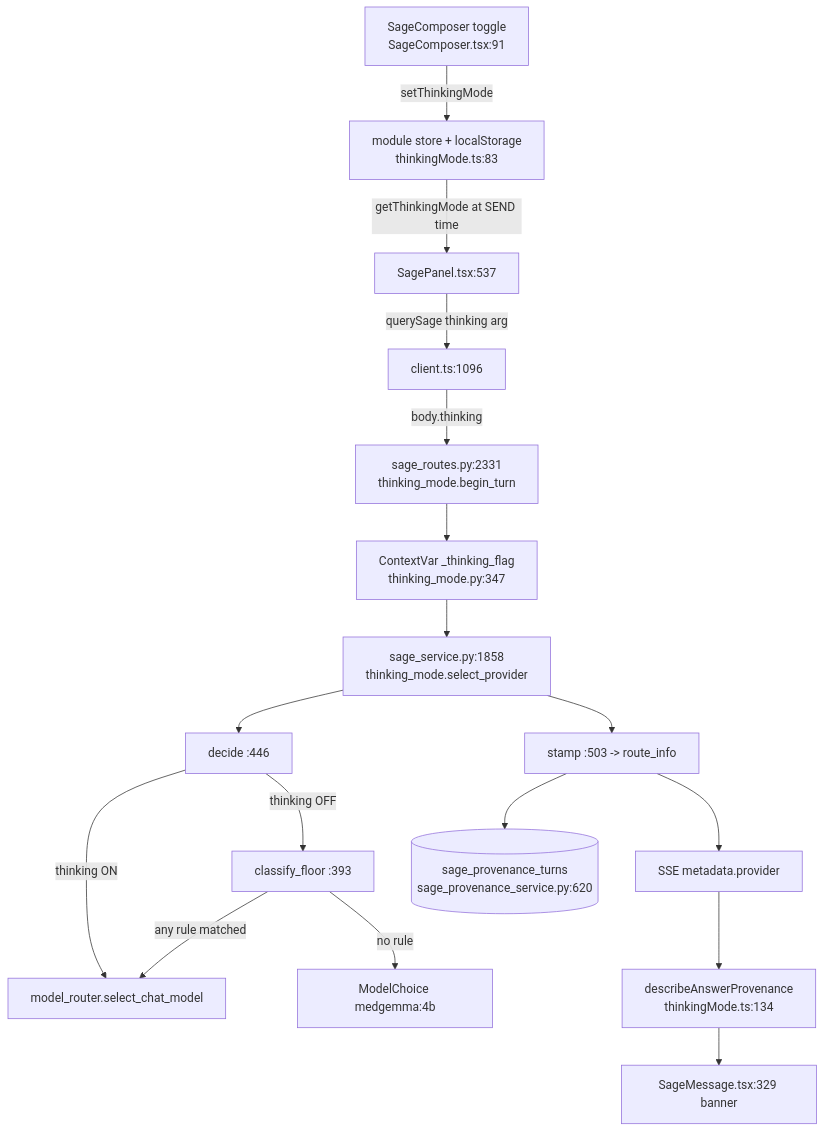
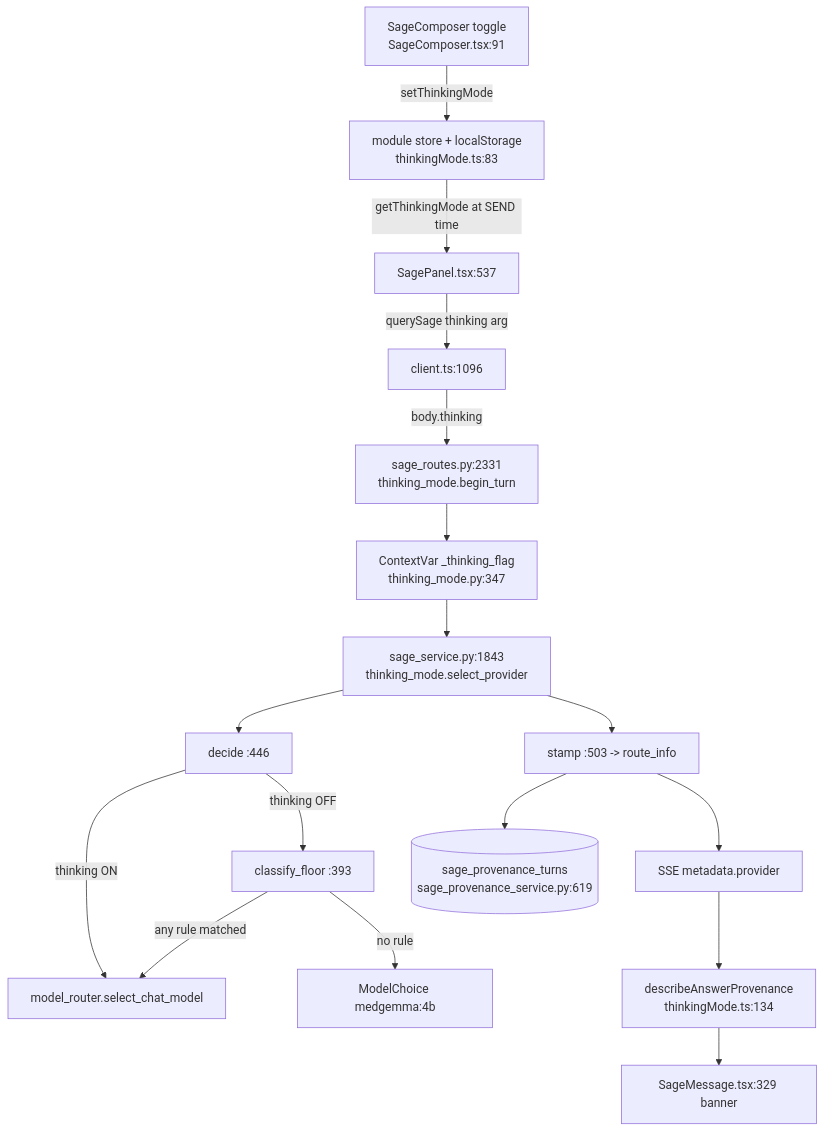
Before and after one commit to samuelmorningstar23/Orb: the first of 2 diagrams in docs/guide/41-thinking-mode.md, drawn with Mermaid. The commit also changed other lines of this file and 471 other files, not shown here.

````diff
--- a/docs/guide/41-thinking-mode.md
+++ b/docs/guide/41-thinking-mode.md
@@ -42,19 +42,19 @@
 ```mermaid
 graph TD
   TOG[SageComposer toggle<br/>SageComposer.tsx:91] -->|setThinkingMode| STORE[module store + localStorage<br/>thinkingMode.ts:83]
   STORE -->|getThinkingMode at SEND time| PANEL[SagePanel.tsx:537]
   PANEL -->|querySage thinking arg| CLIENT[client.ts:1096]
   CLIENT -->|body.thinking| ROUTE[sage_routes.py:2331<br/>thinking_mode.begin_turn]
   ROUTE --> CV[ContextVar _thinking_flag<br/>thinking_mode.py:347]
-  CV --> SEL[sage_service.py:1858<br/>thinking_mode.select_provider]
+  CV --> SEL[sage_service.py:1843<br/>thinking_mode.select_provider]
   SEL --> DEC[decide :446]
   DEC -->|thinking ON| ROUTER[model_router.select_chat_model]
   DEC -->|thinking OFF| FLOOR[classify_floor :393]
   FLOOR -->|any rule matched| ROUTER
   FLOOR -->|no rule| FAST[ModelChoice medgemma:4b]
   SEL --> STAMP[stamp :503 -> route_info]
   STAMP --> META[SSE metadata.provider]
   META --> BANNER[describeAnswerProvenance<br/>thinkingMode.ts:134]
   BANNER --> MSG[SageMessage.tsx:329 banner]
-  STAMP --> PROV[(sage_provenance_turns<br/>sage_provenance_service.py:620)]
+  STAMP --> PROV[(sage_provenance_turns<br/>sage_provenance_service.py:619)]
 ```
````
